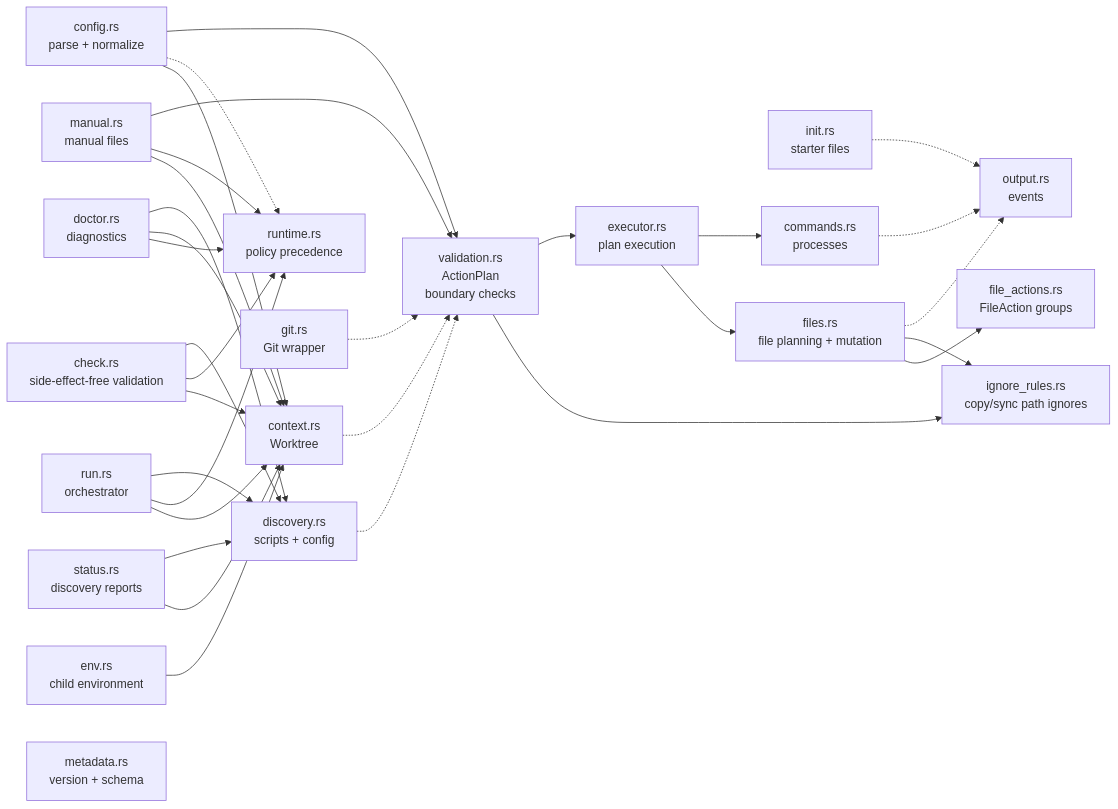
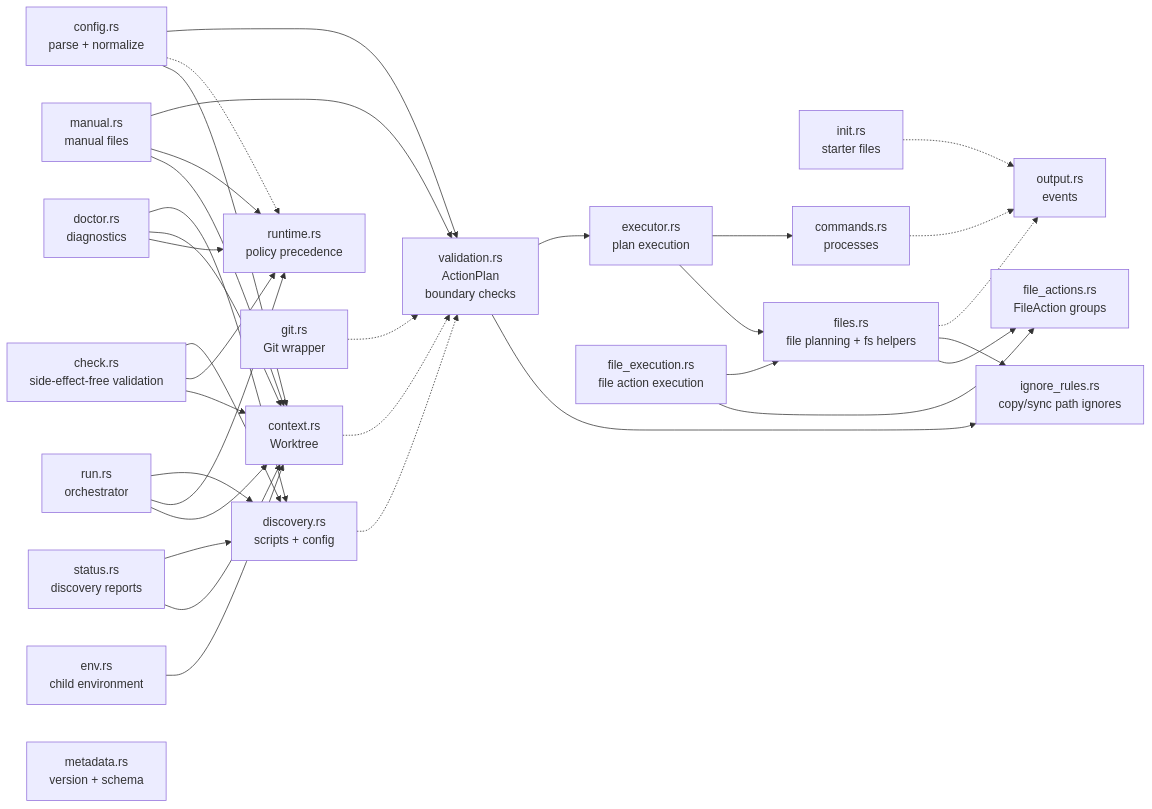
One commit to jimeh/treeboot changed the fifth of 5 diagrams in docs/ARCHITECTURE.md. Above: the diagram before and after it, drawn with Mermaid. The commit also changed other lines of this file and 3 other files, not shown here.

First line of the commit message:
refactor: extract file action execution

````diff
--- a/docs/ARCHITECTURE.md
+++ b/docs/ARCHITECTURE.md
@@ -204,54 +204,57 @@
 ```mermaid
 flowchart LR
   RUN["run.rs<br/>orchestrator"]
   STATUS["status.rs<br/>discovery reports"]
   CHECK["check.rs<br/>side-effect-free validation"]
   DOCTOR["doctor.rs<br/>diagnostics"]
   ENV["env.rs<br/>child environment"]
   MANUAL["manual.rs<br/>manual files"]
   CONFIG["config.rs<br/>parse + normalize"]
   RUNTIME["runtime.rs<br/>policy precedence"]
   INIT["init.rs<br/>starter files"]
   META["metadata.rs<br/>version + schema"]
   CONTEXT["context.rs<br/>Worktree"]
   DISC["discovery.rs<br/>scripts + config"]
   GIT["git.rs<br/>Git wrapper"]
   IGNORE["ignore_rules.rs<br/>copy/sync path ignores"]
   EXEC["executor.rs<br/>plan execution"]
   VALID["validation.rs<br/>ActionPlan<br/>boundary checks"]
   FILE_ACTIONS["file_actions.rs<br/>FileAction groups"]
-  FILES["files.rs<br/>file planning + mutation"]
+  FILE_EXECUTION["file_execution.rs<br/>file action execution"]
+  FILES["files.rs<br/>file planning + fs helpers"]
   CMDS["commands.rs<br/>processes"]
   OUT["output.rs<br/>events"]
 
   RUN --> CONTEXT
   RUN --> RUNTIME
   RUN --> DISC
   STATUS --> CONTEXT
   STATUS --> DISC
   CHECK --> CONTEXT
   CHECK --> RUNTIME
   CHECK --> DISC
   DOCTOR --> RUNTIME
   DOCTOR --> CONTEXT
   DOCTOR --> DISC
   ENV --> CONTEXT
   MANUAL --> CONTEXT
   MANUAL --> RUNTIME
   CONFIG --> CONTEXT
   CONFIG -.-> RUNTIME
   CONTEXT -.-> VALID
   DISC -.-> VALID
   GIT -.-> VALID
   CONFIG --> VALID
   MANUAL --> VALID
   VALID --> IGNORE
   FILES --> FILE_ACTIONS
+  FILE_EXECUTION --> FILE_ACTIONS
+  FILE_EXECUTION --> FILES
   FILES --> IGNORE
   VALID --> EXEC
   EXEC --> FILES
   EXEC --> CMDS
   INIT -.-> OUT
   FILES -.-> OUT
   CMDS -.-> OUT
 ```
````
